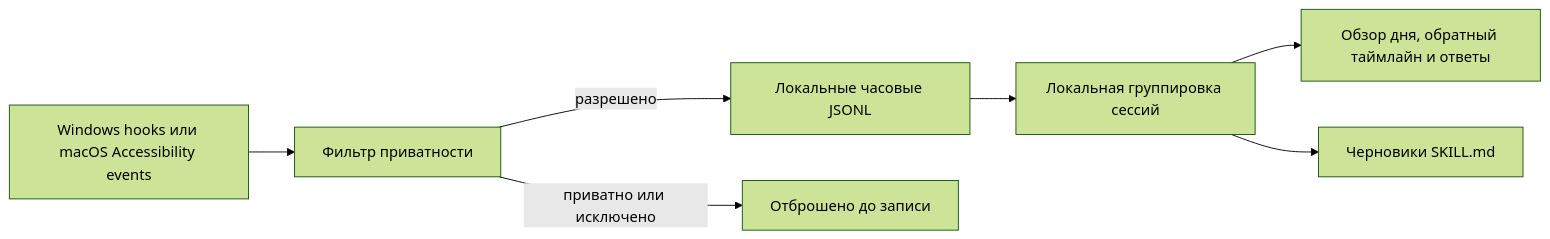
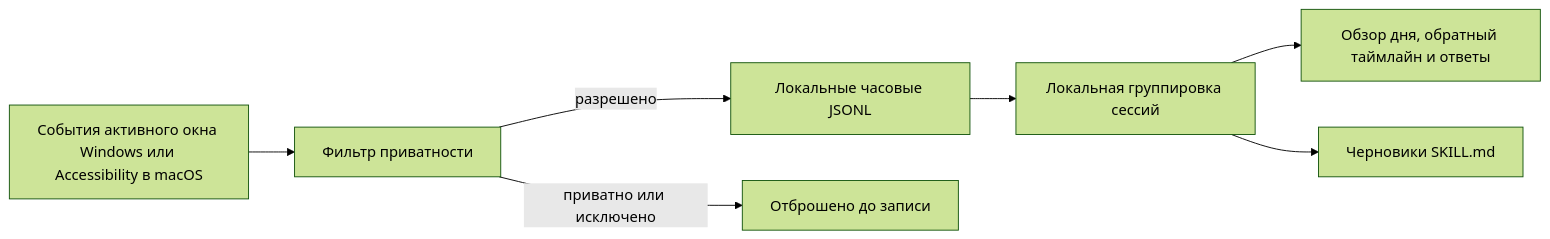
The diagram in README_RU.md (CaspianG/daytrace), drawn with Mermaid (forest theme) before and after one commit. The commit also changed other lines of this file and 17 other files, not shown here.

````diff
--- a/README_RU.md
+++ b/README_RU.md
@@ -99,9 +109,9 @@
 ```mermaid
 flowchart LR
-    A["Windows hooks или macOS Accessibility events"] --> B["Фильтр приватности"]
+    A["События активного окна Windows или Accessibility в macOS"] --> B["Фильтр приватности"]
     B -->|"разрешено"| C["Локальные часовые JSONL"]
     B -->|"приватно или исключено"| X["Отброшено до записи"]
     C --> D["Локальная группировка сессий"]
     D --> E["Обзор дня, обратный таймлайн и ответы"]
     D --> F["Черновики SKILL.md"]
 ```
````
